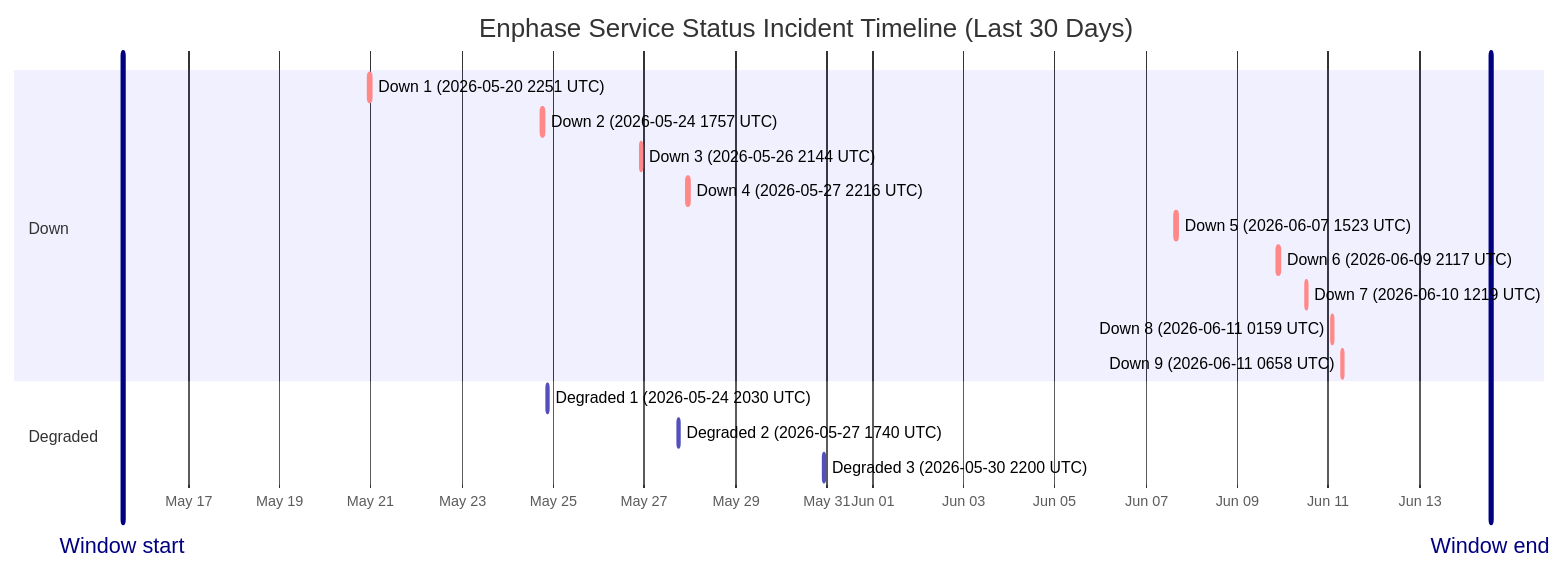
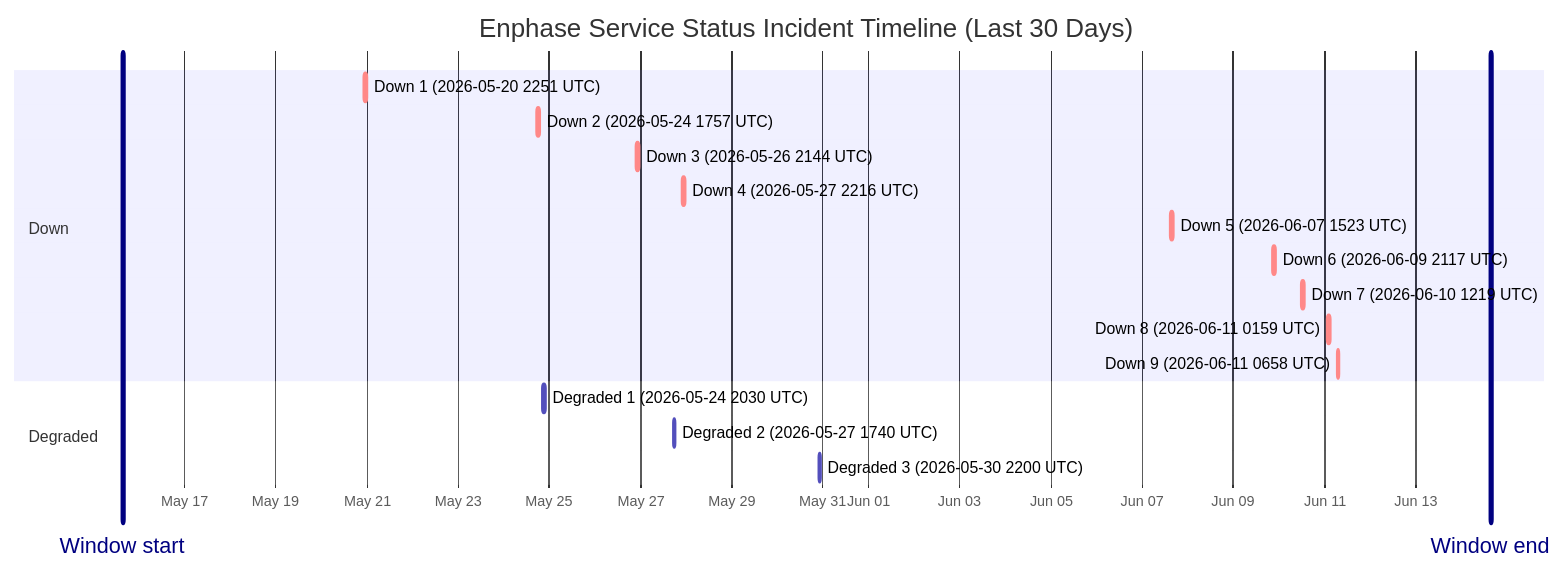
One commit to barneyonline/ha-enphase-energy changed the diagram in wiki/Service-Status-History.md. Above: the diagram before and after it, drawn with Mermaid. The commit also changed other lines of this file and 3 other files, not shown here.

````diff
--- a/wiki/Service-Status-History.md
+++ b/wiki/Service-Status-History.md
@@ -14,22 +14,22 @@
 ```mermaid
 gantt
     title Enphase Service Status Incident Timeline (Last 30 Days)
     dateFormat  YYYY-MM-DDTHH:mm:ss
     axisFormat  %b %d
-    Window start :vert, window-start, 2026-05-15T13:16:15, 0ms
-    Window end :vert, window-end, 2026-06-14T13:16:15, 0ms
+    Window start :vert, window-start, 2026-05-15T15:24:23, 0ms
+    Window end :vert, window-end, 2026-06-14T15:24:23, 0ms
     section Down
     Down 1 (2026-05-20 2251 UTC) :crit, down-1, 2026-05-20T22:51:14, 75m
     Down 2 (2026-05-24 1757 UTC) :crit, down-2, 2026-05-24T17:57:41, 86m
     Down 3 (2026-05-26 2144 UTC) :crit, down-3, 2026-05-26T21:44:11, 85m
     Down 4 (2026-05-27 2216 UTC) :crit, down-4, 2026-05-27T22:16:53, 87m
     Down 5 (2026-06-07 1523 UTC) :crit, down-5, 2026-06-07T15:23:22, 87m
     Down 6 (2026-06-09 2117 UTC) :crit, down-6, 2026-06-09T21:17:17, 60m
     Down 7 (2026-06-10 1219 UTC) :crit, down-7, 2026-06-10T12:19:21, 60m
     Down 8 (2026-06-11 0159 UTC) :crit, down-8, 2026-06-11T01:59:36, 60m
     Down 9 (2026-06-11 0658 UTC) :crit, down-9, 2026-06-11T06:58:45, 60m
     section Degraded
     Degraded 1 (2026-05-24 2030 UTC) :active, degraded-1, 2026-05-24T20:30:57, 84m
     Degraded 2 (2026-05-27 1740 UTC) :active, degraded-2, 2026-05-27T17:40:52, 60m
     Degraded 3 (2026-05-30 2200 UTC) :active, degraded-3, 2026-05-30T22:00:37, 60m
 ```
````
